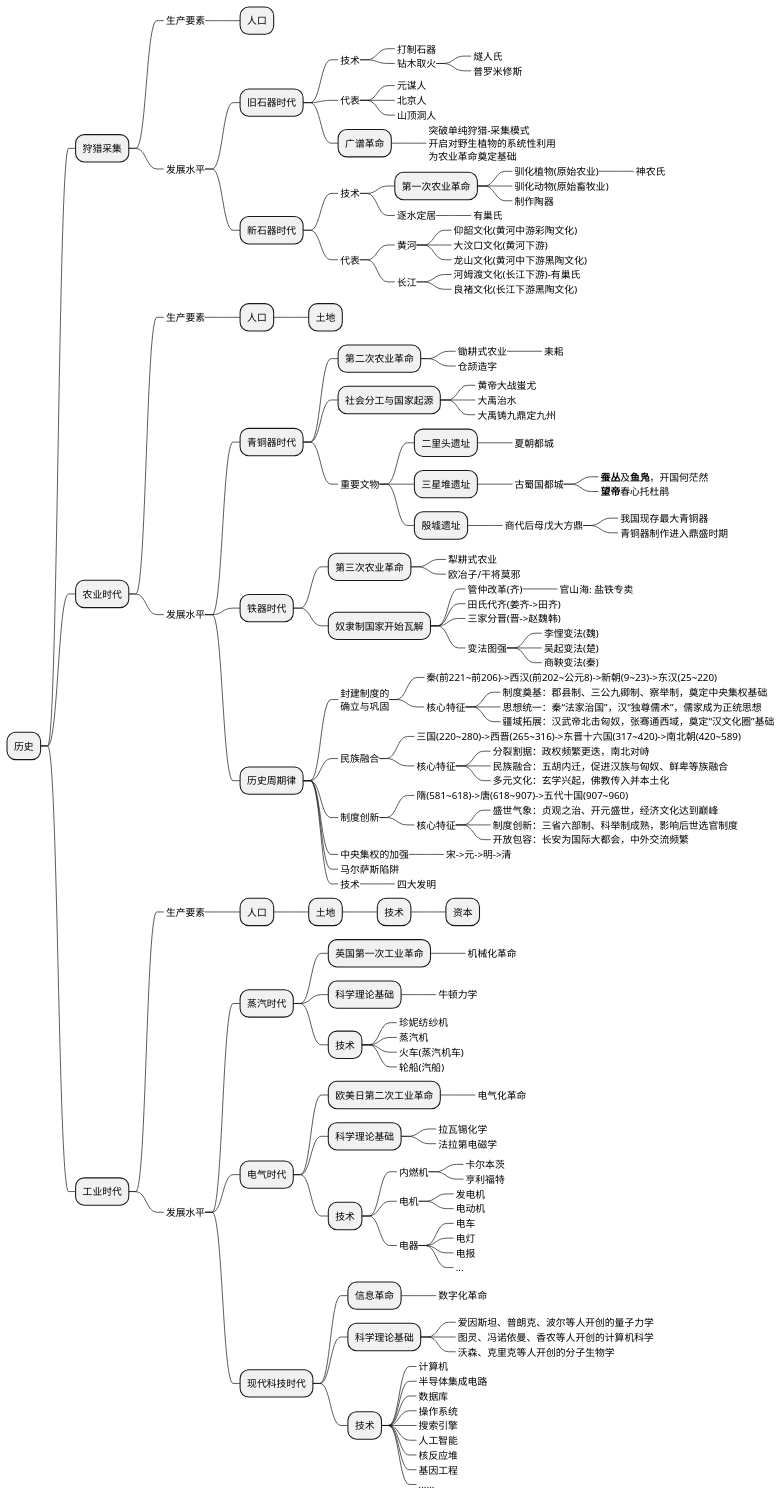
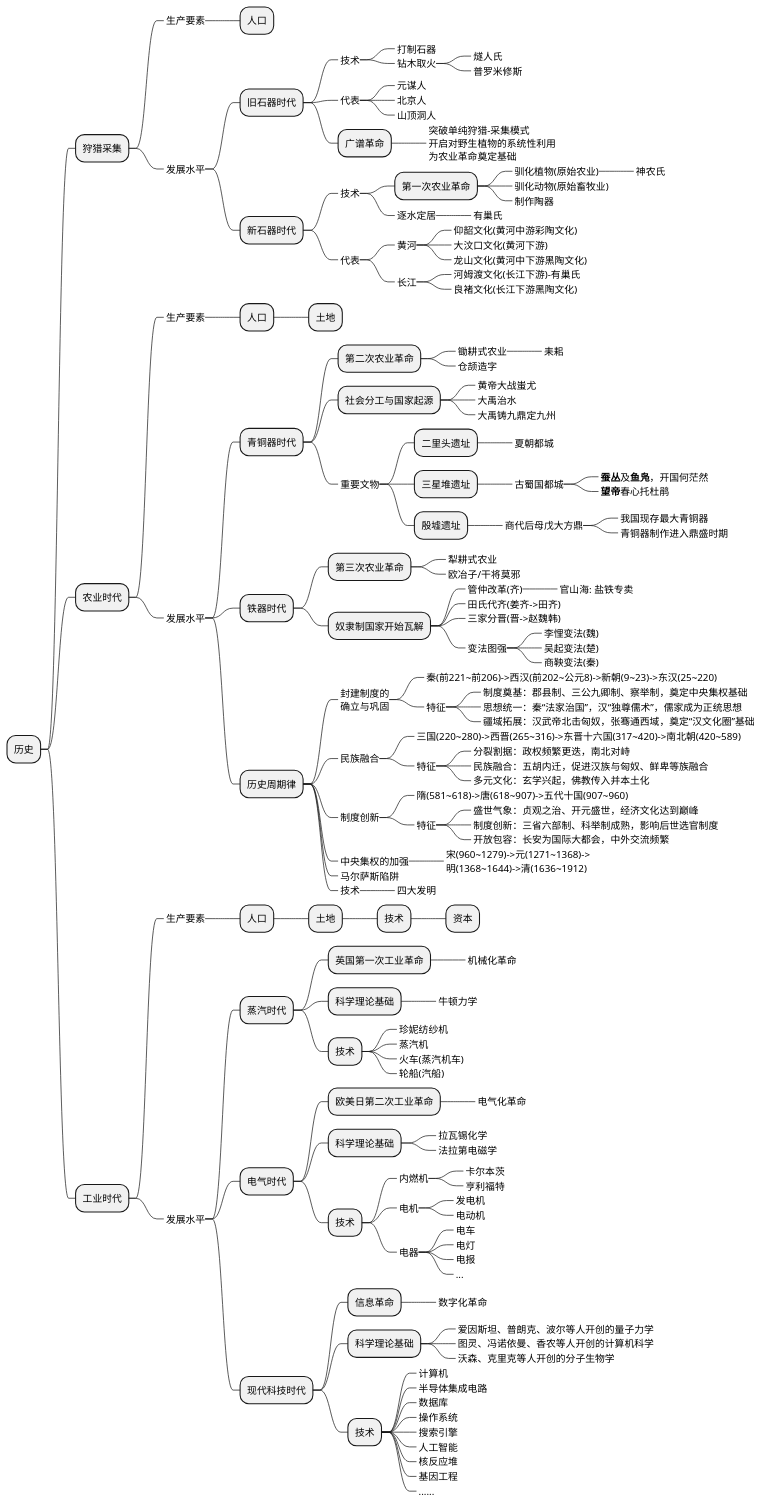
Before and after one commit to holmofy/blog.hufeifei.cn: the first of 2 diagrams in source/_posts/economic/economic_and_history.md, drawn with PlantUML.

```diff
--- a/source/_posts/economic/economic_and_history.md
+++ b/source/_posts/economic/economic_and_history.md
@@ -91,24 +91,24 @@
 ++++ 历史周期律
 +++++_ 封建制度的\n确立与巩固
 ++++++_ 秦(前221~前206)->西汉(前202~公元8)->新朝(9~23)->东汉(25~220)
-++++++_ 核心特征
+++++++_ 特征
 +++++++_ 制度奠基：郡县制、三公九卿制、察举制，奠定中央集权基础
 +++++++_ 思想统一：秦“法家治国”，汉“独尊儒术”，儒家成为正统思想
 +++++++_ 疆域拓展：汉武帝北击匈奴，张骞通西域，奠定“汉文化圈”基础
 +++++_ 民族融合
 ++++++_ 三国(220~280)->西晋(265~316)->东晋十六国(317~420)->南北朝(420~589)
-++++++_ 核心特征
+++++++_ 特征
 +++++++_ 分裂割据：政权频繁更迭，南北对峙
 +++++++_ 民族融合：五胡内迁，促进汉族与匈奴、鲜卑等族融合
 +++++++_ 多元文化：玄学兴起，佛教传入并本土化
 +++++_ 制度创新
 ++++++_ 隋(581~618)->唐(618~907)->五代十国(907~960)
-++++++_ 核心特征
+++++++_ 特征
 +++++++_ 盛世气象：贞观之治、开元盛世，经济文化达到巅峰
 +++++++_ 制度创新：三省六部制、科举制成熟，影响后世选官制度
 +++++++_ 开放包容：长安为国际大都会，中外交流频繁
 +++++_ 中央集权的加强
-++++++_ 宋->元->明->清
+++++++_ 宋(960~1279)->元(1271~1368)->\n明(1368~1644)->清(1636~1912)
 +++++_ 马尔萨斯陷阱
 +++++_ 技术
 ++++++_ 四大发明
```
